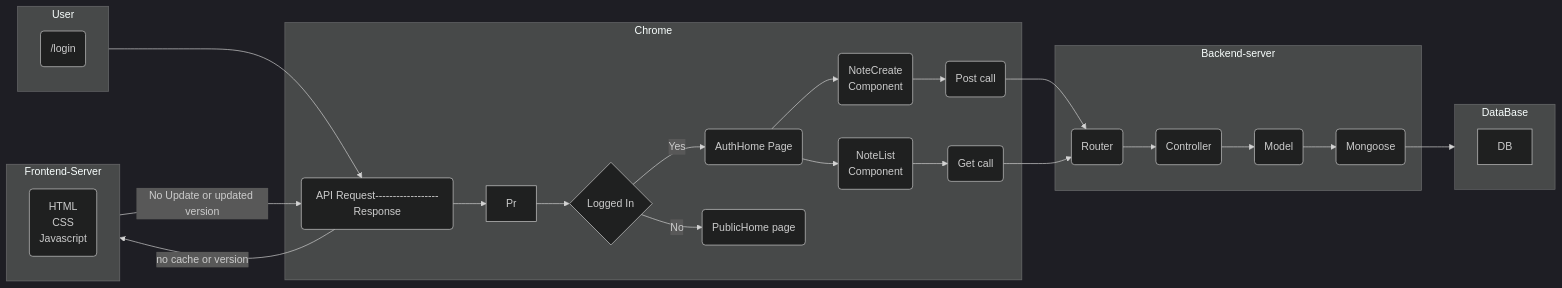
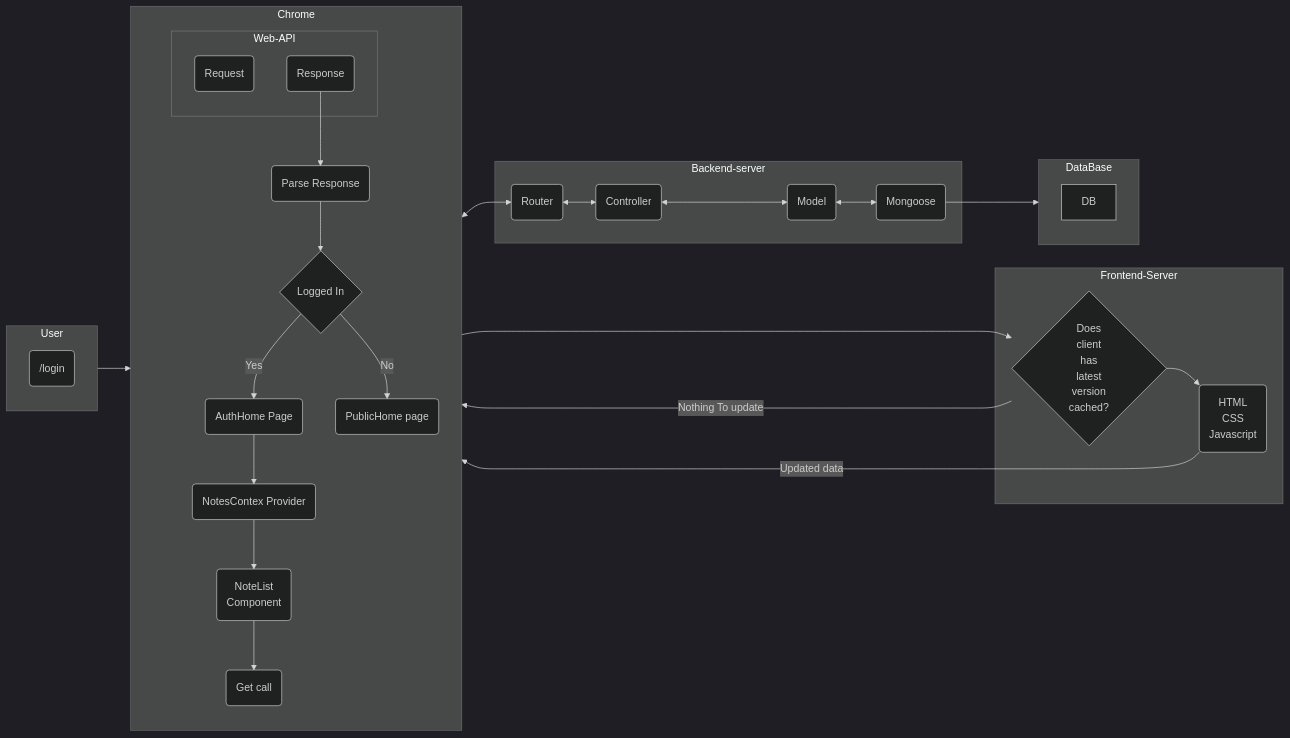
One commit to salonikumawat28/notes_management_app changed the second of 2 diagrams in README.md. Above: the diagram before and after it, drawn with Mermaid (dark theme).

````diff
--- a/README.md
+++ b/README.md
@@ -309,33 +309,45 @@
 ```mermaid
-graph LR
+flowchart LR
     subgraph User
     U(/login)
     end
-    User --> A
+    User --> Web-API
     subgraph Chrome
-        A(API Request------------------Response) --> Pr--> L{Logged In}
+        direction TB
+        subgraph Web-API
+        Re(Request)
+        Res(Response)
+        end
+        Res --> Pr(Parse Response) 
+        Pr --> L{Logged In}
         L -->|Yes| AH(AuthHome Page)
         L -->|No| PH(PublicHome page)
-        AH --> CN(NoteCreate 
-                Component) --> P(Post call)
-        AH --> NL(NoteList 
+        AH --> NC(NotesContex Provider)
+        NC --> NL(NoteList 
                 Component) --> G(Get call)
     end
     subgraph Frontend-Server
-        newLines("`HTML
-        CSS
-        Javascript`")
+        Has{Does 
+            client 
+            has 
+            latest 
+            version 
+            cached?}
+        HCJ(HTML
+            CSS
+            Javascript)
     end
-    A -->|no cache or version| Frontend-Server -->|No Update or updated version| A
     subgraph Backend-server
-        R(Router) --> Co(Controller)
-        Co --> M(Model)
-        M --> Mo(Mongoose)
+        R(Router) <--> Co(Controller)
+        Co <--> M(Model)
+        M <--> Mo(Mongoose)
     end
     subgraph DataBase
         DB
     end
+    Re-->Has
+    Has --Nothing To update------> Res
+    Has --> HCJ --Updated data--> Res
     Mo --> DataBase
-    P --> R
-    G --> R
+    G <--> R
 ```
````
